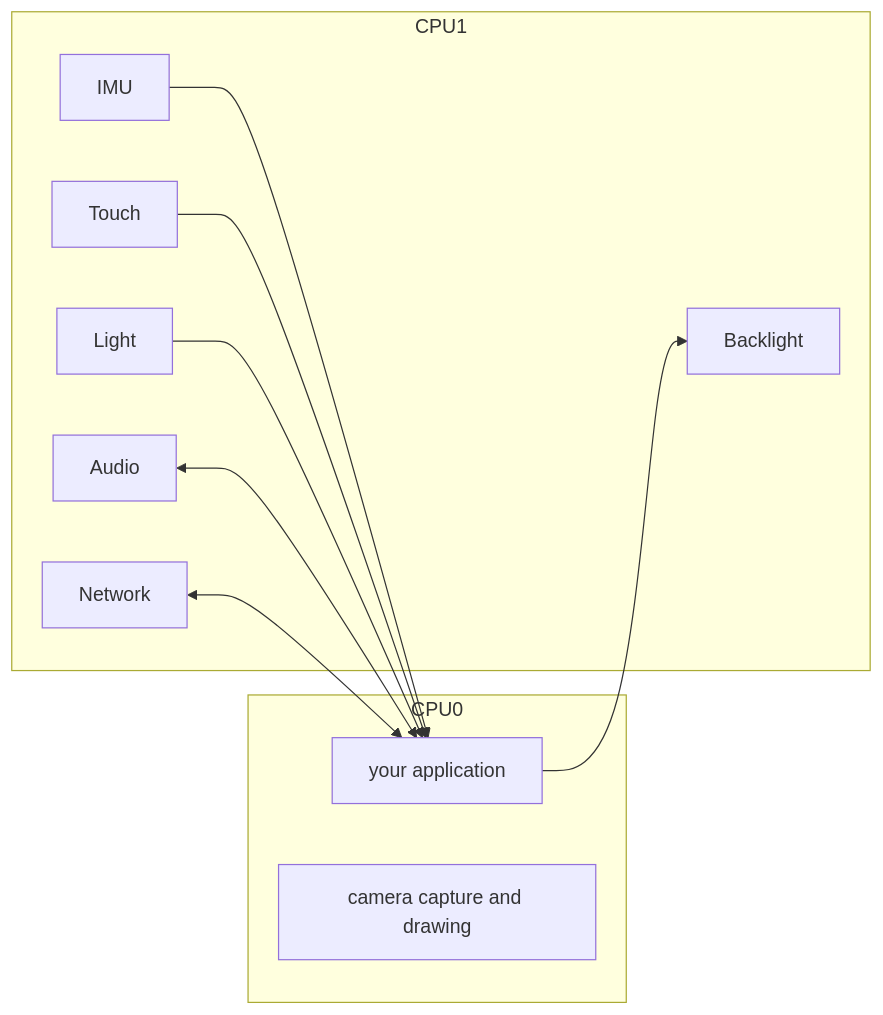
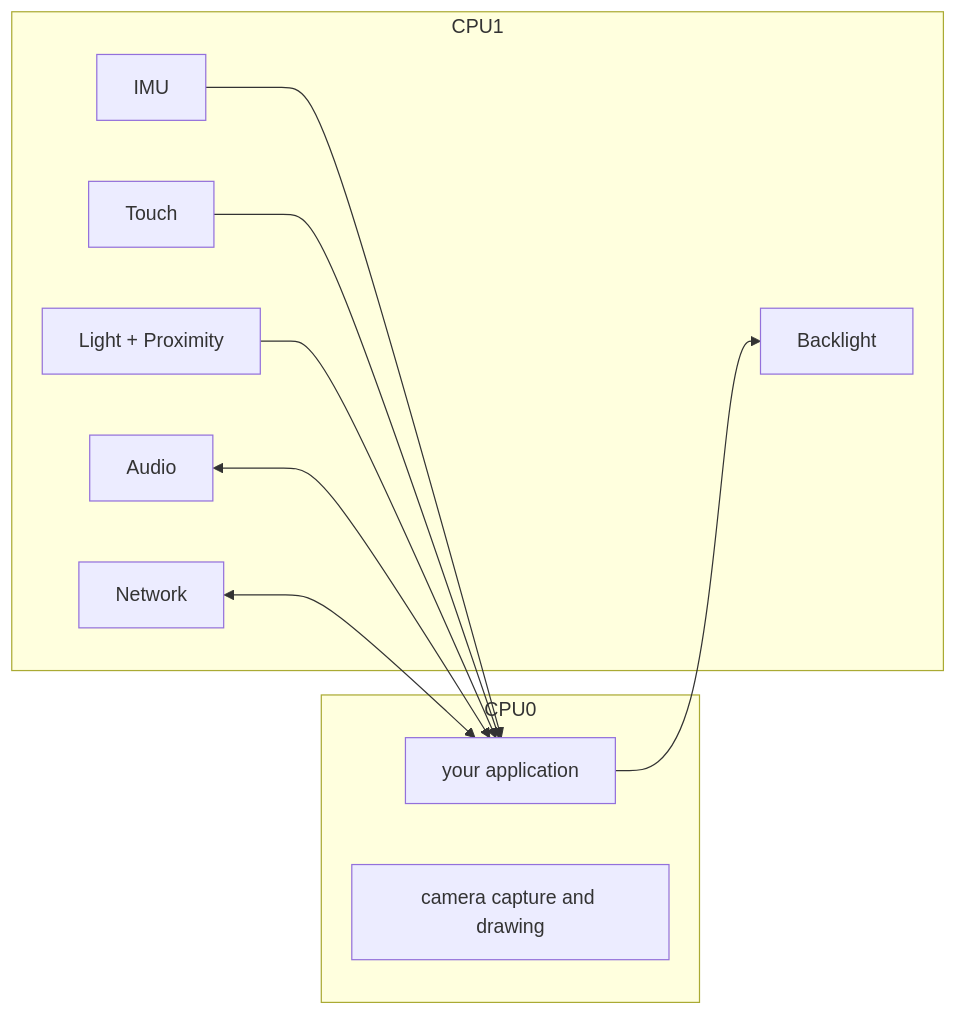
One commit to wackazong/hackandhike-2026 changed the third of 7 diagrams in docs/architecture.md. Above: the diagram before and after it, drawn with Mermaid. The commit also changed other lines of this file and 12 other files, not shown here.

First line of the commit message:
refactor: separate Light and Proximity handles

````diff
--- a/docs/architecture.md
+++ b/docs/architecture.md
@@ -90,21 +91,21 @@
 ```mermaid
 flowchart LR
     subgraph CPU0
         App["your application"]
         Camera["camera capture and drawing"]
     end
     subgraph CPU1
         IMU["IMU"]
         Touch["Touch"]
-        Light["Light"]
+        Light["Light + Proximity"]
         Audio["Audio"]
         Network["Network"]
         Backlight["Backlight"]
     end
     IMU --> App
     Touch --> App
     Light --> App
     Audio <--> App
     Network <--> App
     App --> Backlight
 ```
````
